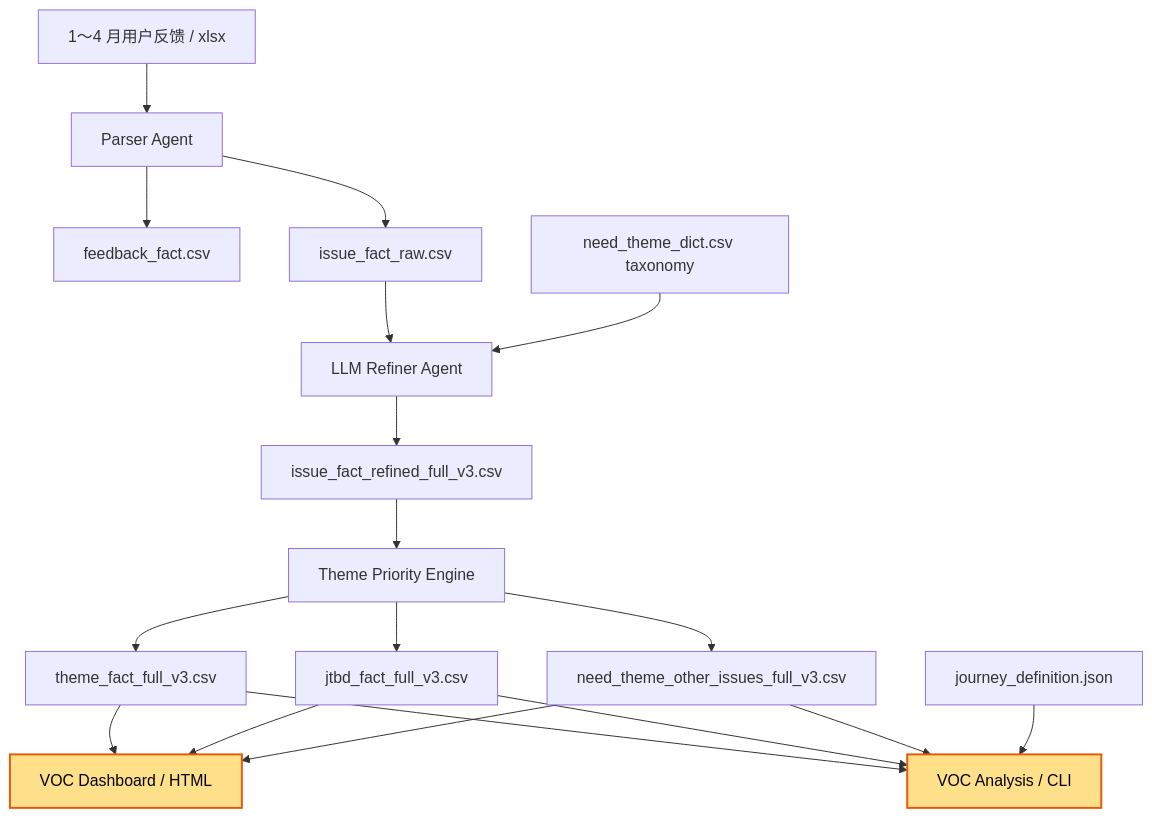
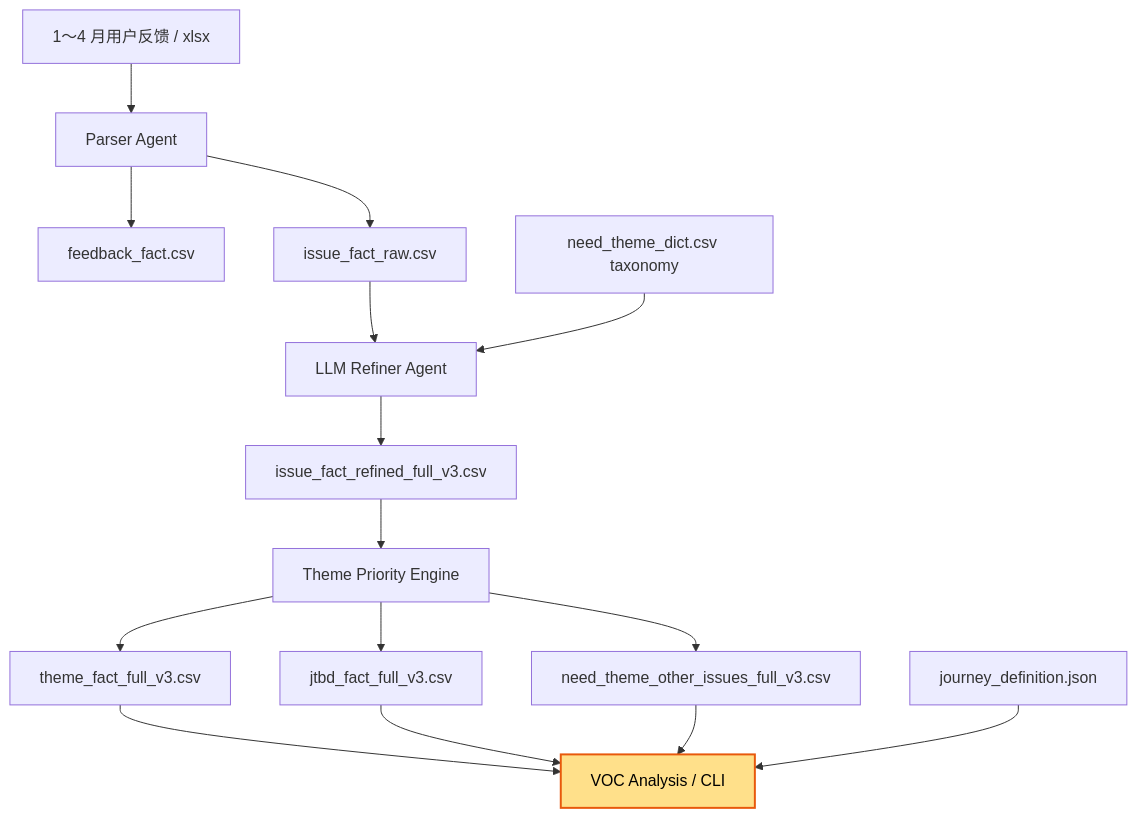
One commit to zhangzihaoDT/product_voc changed the diagram in README.md. Above: the diagram before and after it, drawn with Mermaid. The commit also changed other lines of this file and 1 other file, not shown here.

Commit message:
Remove deprecated voc_dashboard.py, update README pipeline

````diff
--- a/README.md
+++ b/README.md
@@ -5,27 +5,23 @@
 ```mermaid
 flowchart TD
   A[1～4 月用户反馈 / xlsx] --> B[Parser Agent]
   B --> C[feedback_fact.csv]
   B --> D[issue_fact_raw.csv]
 
   D --> E[LLM Refiner Agent]
   T[need_theme_dict.csv taxonomy] --> E
   E --> F[issue_fact_refined_full_v3.csv]
 
   F --> G[Theme Priority Engine]
   G --> H[theme_fact_full_v3.csv]
   G --> I[jtbd_fact_full_v3.csv]
   G --> J[need_theme_other_issues_full_v3.csv]
 
-  H --> K[VOC Dashboard / HTML]
+  H --> K[VOC Analysis / CLI]
   I --> K
   J --> K
-
-  H --> L[VOC Analysis / CLI]
-  I --> L
-  J --> L
-  M[journey_definition.json] --> L
+  M[journey_definition.json] --> K
 
   classDef highlight fill:#FFE08A,stroke:#E8590C,stroke-width:2px,color:#000;
-  class K,L highlight;
+  class K highlight;
 ```
````
